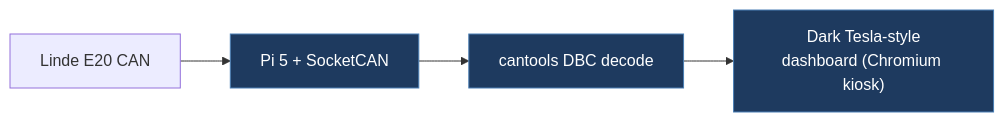
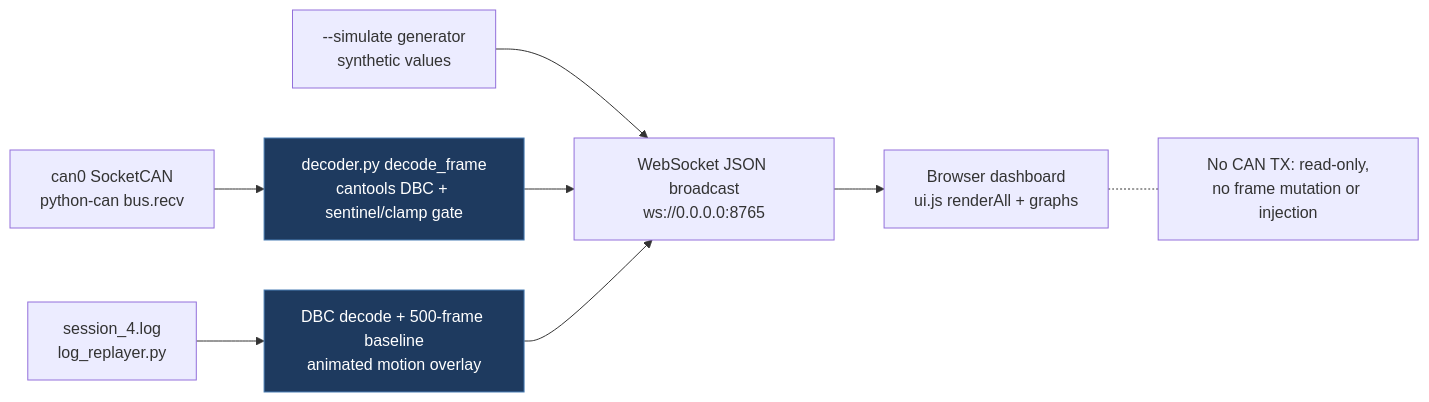
One commit to babico/TeslaCANModder changed the first of 4 diagrams in docs/legacy/bbrightwell-forklift-dash.md. Above: the diagram before and after it, drawn with Mermaid. The commit also changed other lines of this file and 99 other files, not shown here.

````diff
--- a/docs/legacy/bbrightwell-forklift-dash.md
+++ b/docs/legacy/bbrightwell-forklift-dash.md
@@ -26,8 +89,12 @@
 ```mermaid
 flowchart LR
-    Fork["Linde E20 CAN"] --> Pi["Pi 5 + SocketCAN"]
-    Pi --> DBC["cantools DBC decode"]
-    DBC --> UI["Dark Tesla-style<br/>dashboard (Chromium kiosk)"]
-    classDef path fill:#1e3a5f,stroke:#4a7fb5,color:#fff
-    class Pi,DBC,UI path
+    CAN["can0 SocketCAN<br/>python-can bus.recv"] --> DEC["decoder.py decode_frame<br/>cantools DBC + sentinel/clamp gate"]
+    LOG["session_4.log<br/>log_replayer.py"] --> DEC2["DBC decode + 500-frame baseline<br/>animated motion overlay"]
+    SIM["--simulate generator<br/>synthetic values"] --> BUS
+    DEC --> BUS["WebSocket JSON broadcast<br/>ws://0.0.0.0:8765"]
+    DEC2 --> BUS
+    BUS --> UI["Browser dashboard<br/>ui.js renderAll + graphs"]
+    UI -.- NO_TX["No CAN TX: read-only,<br/>no frame mutation or injection"]
+    classDef gate fill:#1e3a5f,stroke:#4a7fb5,color:#fff
+    class DEC,DEC2 gate
 ```
````
